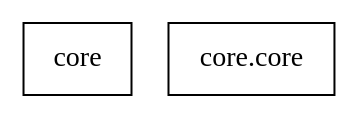
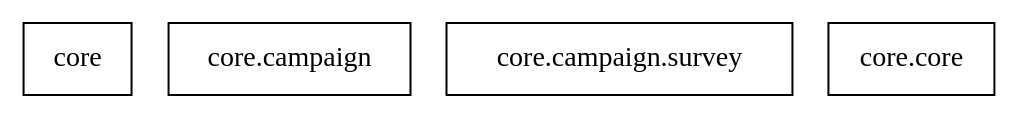
One commit to kaufmanno/BootsOff changed the diagram in docs/source/uml/packages_uml_core.dot. Above: the diagram before and after it, drawn with Graphviz. The commit also changed 5 other files, not shown here.

```diff
--- a/docs/source/uml/packages_uml_core.dot
+++ b/docs/source/uml/packages_uml_core.dot
@@ -1,6 +1,8 @@
 digraph "packages_uml_core" {
 charset="utf-8"
 rankdir=BT
 "0" [label="core", shape="box"];
-"1" [label="core.core", shape="box"];
+"1" [label="core.campaign", shape="box"];
+"2" [label="core.campaign.survey", shape="box"];
+"3" [label="core.core", shape="box"];
 }
```
